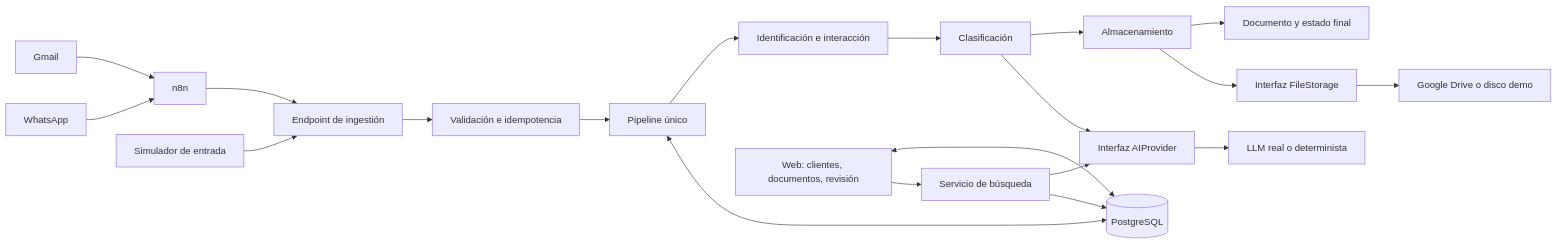
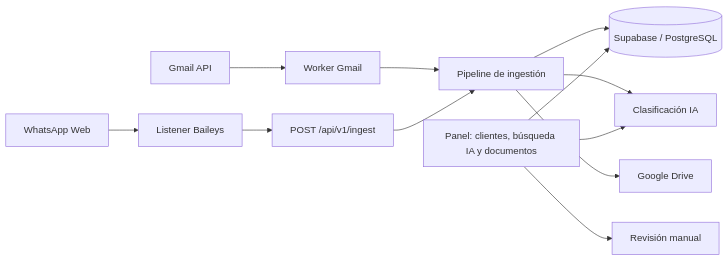
Before and after one commit to patimg/Hackaton-FAE-2026: the diagram in docs/ARCHITECTURE.md, drawn with Mermaid. The commit also changed other lines of this file and 59 other files, not shown here.

````diff
--- a/docs/ARCHITECTURE.md
+++ b/docs/ARCHITECTURE.md
@@ -33,22 +7,14 @@
 ```mermaid
 flowchart LR
-    G[Gmail] --> N[n8n]
-    W[WhatsApp] --> N
-    N --> H[Endpoint de ingestión]
-    S[Simulador de entrada] --> H
-    H --> V[Validación e idempotencia]
-    V --> P[Pipeline único]
-    P --> C[Identificación e interacción]
-    C --> A[Clasificación]
-    A --> F[Almacenamiento]
-    F --> D[Documento y estado final]
-    P <--> DB[(PostgreSQL)]
-    A --> AI[Interfaz AIProvider]
-    AI --> L[LLM real o determinista]
-    F --> ST[Interfaz FileStorage]
-    ST --> GD[Google Drive o disco demo]
-    UI[Web: clientes, documentos, revisión] <--> DB
-    UI --> Q[Servicio de búsqueda]
-    Q --> AI
-    Q --> DB
+    G[Gmail API] --> GW[Worker Gmail]
+    W[WhatsApp Web] --> WW[Listener Baileys]
+    GW --> P[Pipeline de ingestión]
+    WW --> H[POST /api/v1/ingest]
+    H --> P
+    P --> DB[(Supabase / PostgreSQL)]
+    P --> AI[Clasificación IA]
+    P --> D[Google Drive]
+    UI[Panel: clientes, búsqueda IA y documentos] --> DB
+    UI --> AI
+    UI --> R[Revisión manual]
 ```
````
